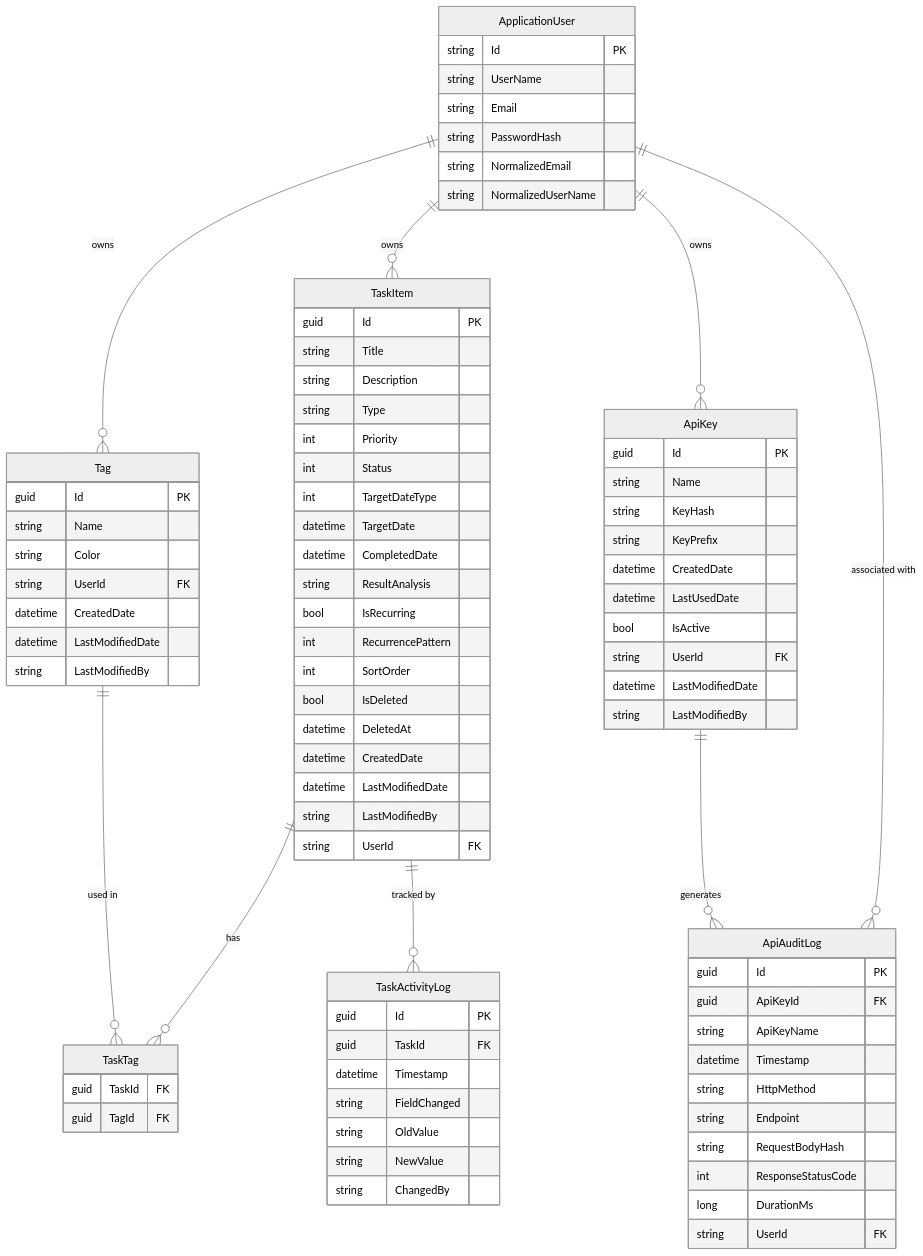
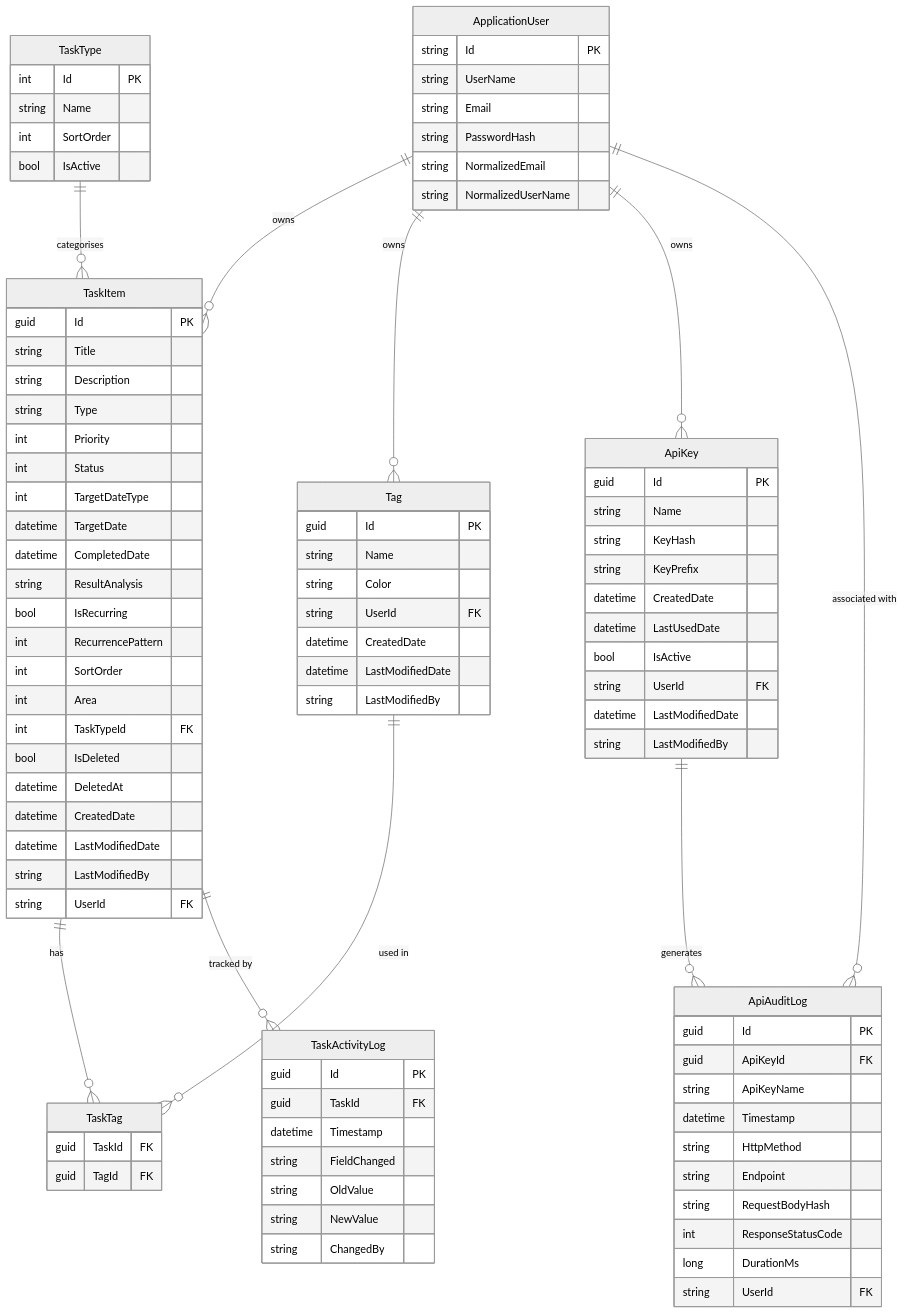
The diagram in ARCHITECTURE.md (PangbornIdentity/TaskPilot), drawn with Mermaid (neutral theme) before and after one commit. The commit also changed other lines of this file and 53 other files, not shown here.

````diff
--- a/ARCHITECTURE.md
+++ b/ARCHITECTURE.md
@@ -246,6 +250,8 @@
         bool IsRecurring
         int RecurrencePattern
         int SortOrder
+        int Area
+        int TaskTypeId FK
         bool IsDeleted
         datetime DeletedAt
         datetime CreatedDate
@@ -254,6 +260,7 @@
         string UserId FK
     }
 
+    %% Tag and TaskTag are UI-exposed: users manage tags via the task create/edit forms
     Tag {
         guid Id PK
         string Name
@@ -267,6 +274,14 @@
     TaskTag {
         guid TaskId FK
         guid TagId FK
+    }
+
+    %% TaskType is a seeded lookup table; not user-editable at runtime
+    TaskType {
+        int Id PK
+        string Name
+        int SortOrder
+        bool IsActive
     }
 
     ApiKey {
@@ -313,4 +328,5 @@
     Tag ||--o{ TaskTag : "used in"
     TaskItem ||--o{ TaskActivityLog : "tracked by"
     ApiKey ||--o{ ApiAuditLog : "generates"
+    TaskType ||--o{ TaskItem : "categorises"
 ```
````
